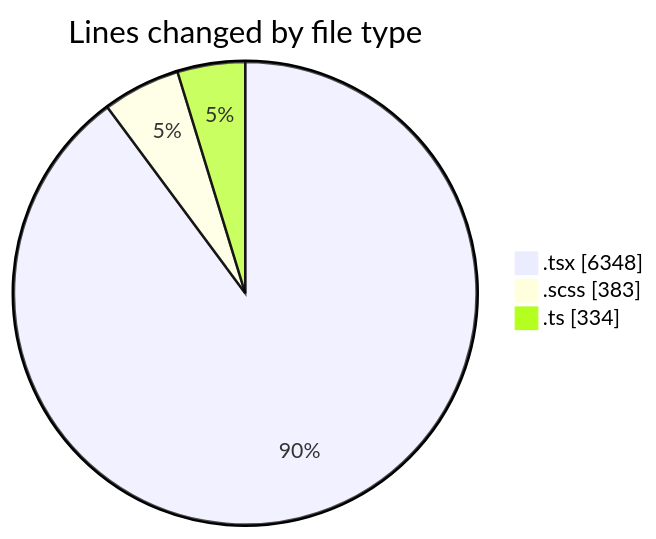
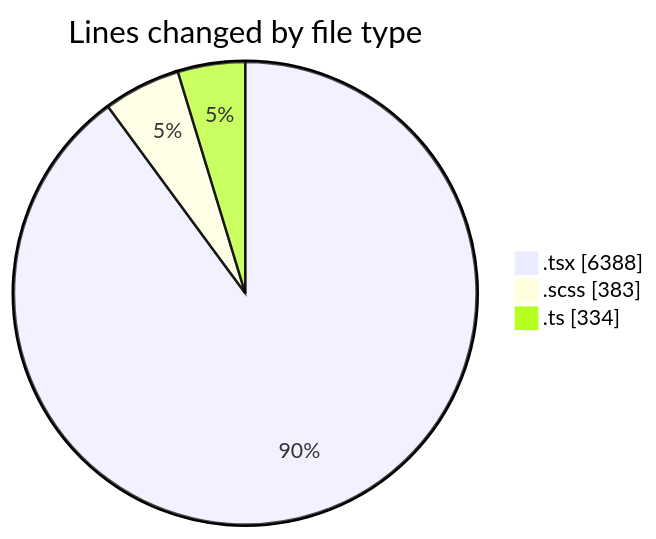
Before and after one commit to momahboobian/code-tracking: the first of 2 diagrams in 2025-07-03/cda/README.md, drawn with Mermaid. The commit also changed other lines of this file and 1 other file, not shown here.

````diff
--- a/2025-07-03/cda/README.md
+++ b/2025-07-03/cda/README.md
@@ -40,7 +40,7 @@
 ```mermaid
 pie showData
 title Lines changed by file type
-".tsx" : 6348
+".tsx" : 6388
 ".scss" : 383
 ".ts" : 334
 ```
````
